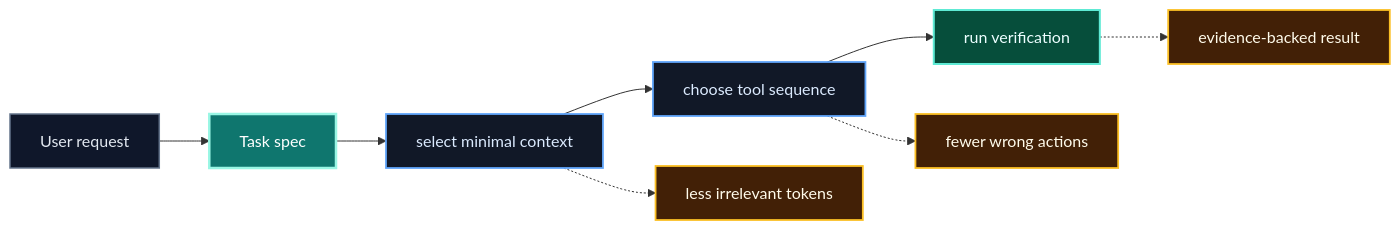
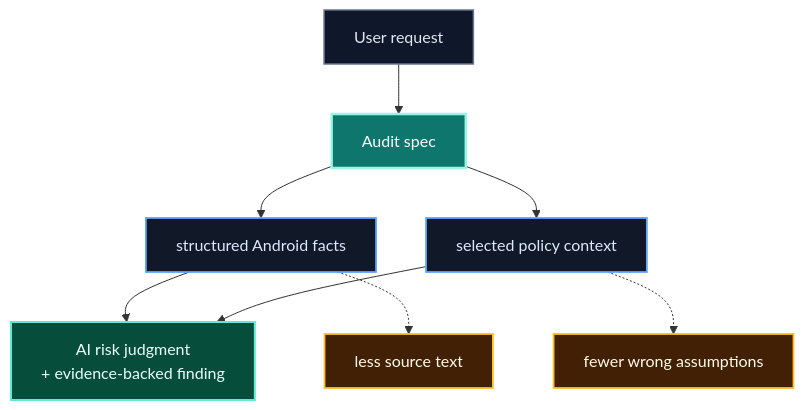
One commit to koalav/present-anyything changed diagram 15 of 16 in docs/ai-agent-effective-use/mermaid-diagrams.md. Above: the diagram before and after it, drawn with Mermaid. The commit also changed other lines of this file and 26 other files, not shown here.

````diff
--- a/docs/ai-agent-effective-use/mermaid-diagrams.md
+++ b/docs/ai-agent-effective-use/mermaid-diagrams.md
@@ -304,15 +298,15 @@
 ```mermaid
-flowchart LR
-  Request["User request"]:::input --> Spec["Task spec"]:::core
-  Spec --> Select["select minimal context"]:::step
-  Select --> Tools["choose tool sequence"]:::step
-  Tools --> Verify["run verification"]:::success
-  Select -.-> Noise["less irrelevant tokens"]:::benefit
-  Tools -.-> Accuracy["fewer wrong actions"]:::benefit
-  Verify -.-> Trust["evidence-backed result"]:::benefit
+flowchart TB
+  Request["User request"]:::input --> Spec["Audit spec"]:::core
+  Spec --> Facts["structured Android facts"]:::step
+  Spec --> Context["selected policy context"]:::step
+  Facts --> Judge["AI risk judgment<br/>+ evidence-backed finding"]:::success
+  Context --> Judge
+  Facts -.-> Noise["less source text"]:::benefit
+  Context -.-> Accuracy["fewer wrong assumptions"]:::benefit
   classDef input fill:#0f172a,stroke:#64748b,color:#e2e8f0,stroke-width:1.5px;
   classDef core fill:#0f766e,stroke:#99f6e4,color:#ffffff,stroke-width:2.5px;
   classDef step fill:#111827,stroke:#60a5fa,color:#dbeafe,stroke-width:1.8px;
   classDef success fill:#064e3b,stroke:#5eead4,color:#ecfeff,stroke-width:2px;
   classDef benefit fill:#422006,stroke:#fbbf24,color:#fffbeb,stroke-width:1.8px;
 ```
````
